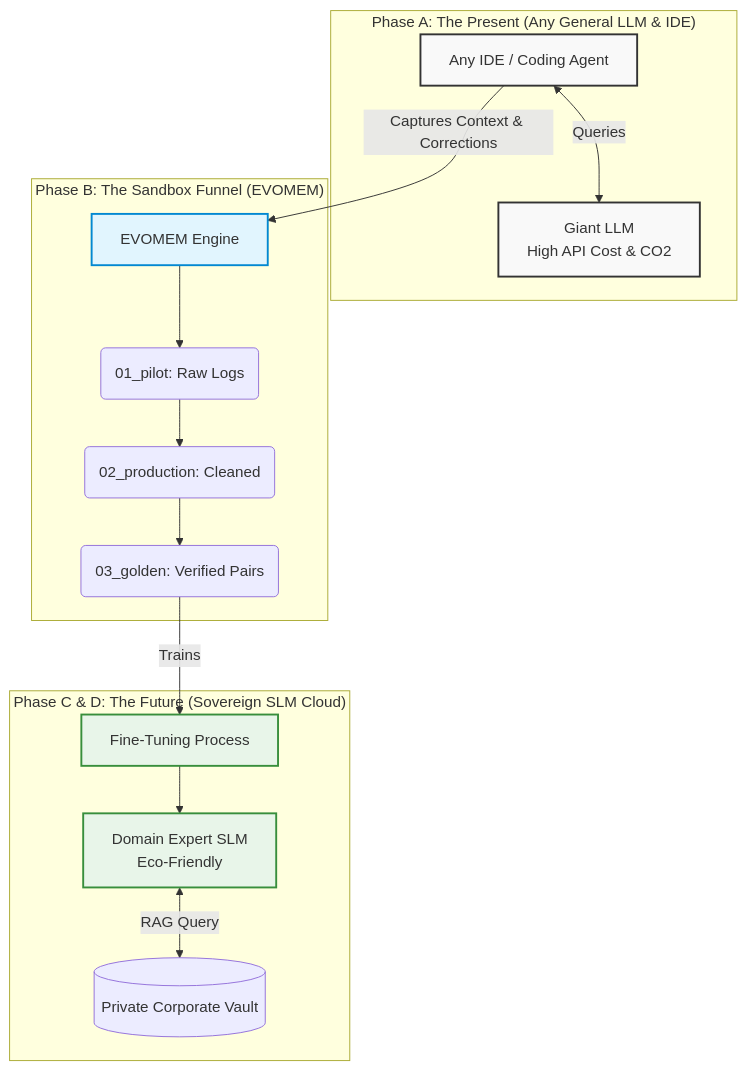
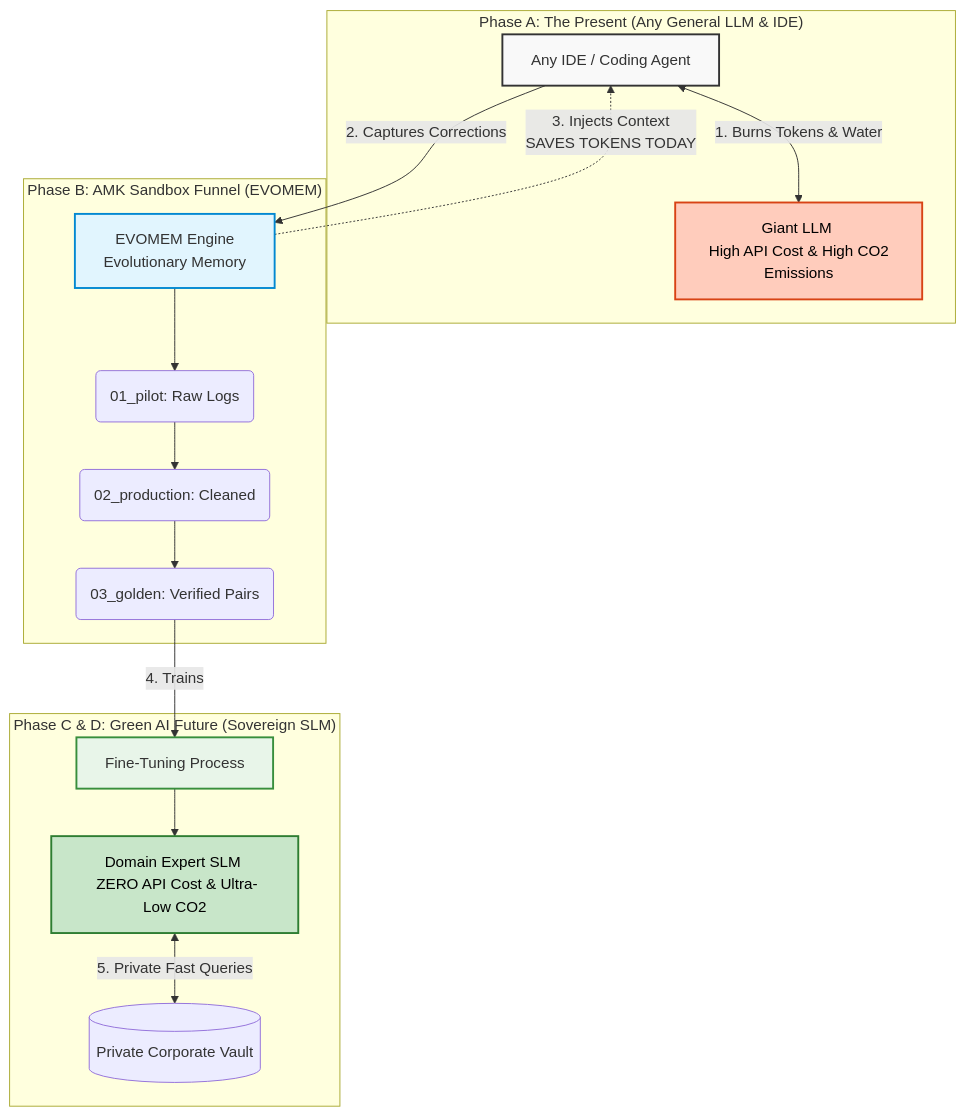
One commit to razalazar/AMK changed the diagram in README.md. Above: the diagram before and after it, drawn with Mermaid. The commit also changed 1 other file, not shown here.

Commit message:
docs: enhance mermaid architecture diagrams to explicitly visualize token savings and green AI flow

````diff
--- a/README.md
+++ b/README.md
@@ -40,36 +40,39 @@
 ```mermaid
 graph TD
     %% Styling
     classDef agnostic fill:#f9f9f9,stroke:#333,stroke-width:2px;
     classDef evomem fill:#e1f5fe,stroke:#0288d1,stroke-width:2px;
     classDef slm fill:#e8f5e9,stroke:#388e3c,stroke-width:2px;
+    classDef green fill:#c8e6c9,stroke:#2e7d32,stroke-width:2px,color:#000;
+    classDef red fill:#ffccbc,stroke:#d84315,stroke-width:2px,color:#000;
 
     %% Phase 1: General LLM (The Teacher)
     subgraph "Phase A: The Present (Any General LLM & IDE)"
         IDE[Any IDE / Coding Agent]:::agnostic
-        LLM[Giant LLM <br/> High API Cost & CO2]:::agnostic
-        IDE <-->|Queries| LLM
+        LLM[Giant LLM <br/> High API Cost & High CO2 Emissions]:::red
+        IDE <-->|1. Burns Tokens & Water| LLM
     end
 
     %% Phase 2: EVOMEM (The Black Box)
-    subgraph "Phase B: The Sandbox Funnel (EVOMEM)"
-        EVO[EVOMEM Engine]:::evomem
+    subgraph "Phase B: AMK Sandbox Funnel (EVOMEM)"
+        EVO[EVOMEM Engine <br/> Evolutionary Memory]:::evomem
         P1(01_pilot: Raw Logs)
         P2(02_production: Cleaned)
         P3(03_golden: Verified Pairs)
         
-        IDE -->|Captures Context & Corrections| EVO
+        IDE -->|2. Captures Corrections| EVO
+        EVO -.->|3. Injects Context <br/> SAVES TOKENS TODAY| IDE
         EVO --> P1 --> P2 --> P3
     end
 
     %% Phase 3 & 4: SLM & Cloud (The Future)
-    subgraph "Phase C & D: The Future (Sovereign SLM Cloud)"
+    subgraph "Phase C & D: Green AI Future (Sovereign SLM)"
         FT[Fine-Tuning Process]:::slm
-        SLM[Domain Expert SLM <br/> Eco-Friendly]:::slm
+        SLM[Domain Expert SLM <br/> ZERO API Cost & Ultra-Low CO2]:::green
         Vault[(Private Corporate Vault)]
         
-        P3 -->|Trains| FT
+        P3 -->|4. Trains| FT
         FT --> SLM
-        SLM <-->|RAG Query| Vault
+        SLM <-->|5. Private Fast Queries| Vault
     end
 ```
````
